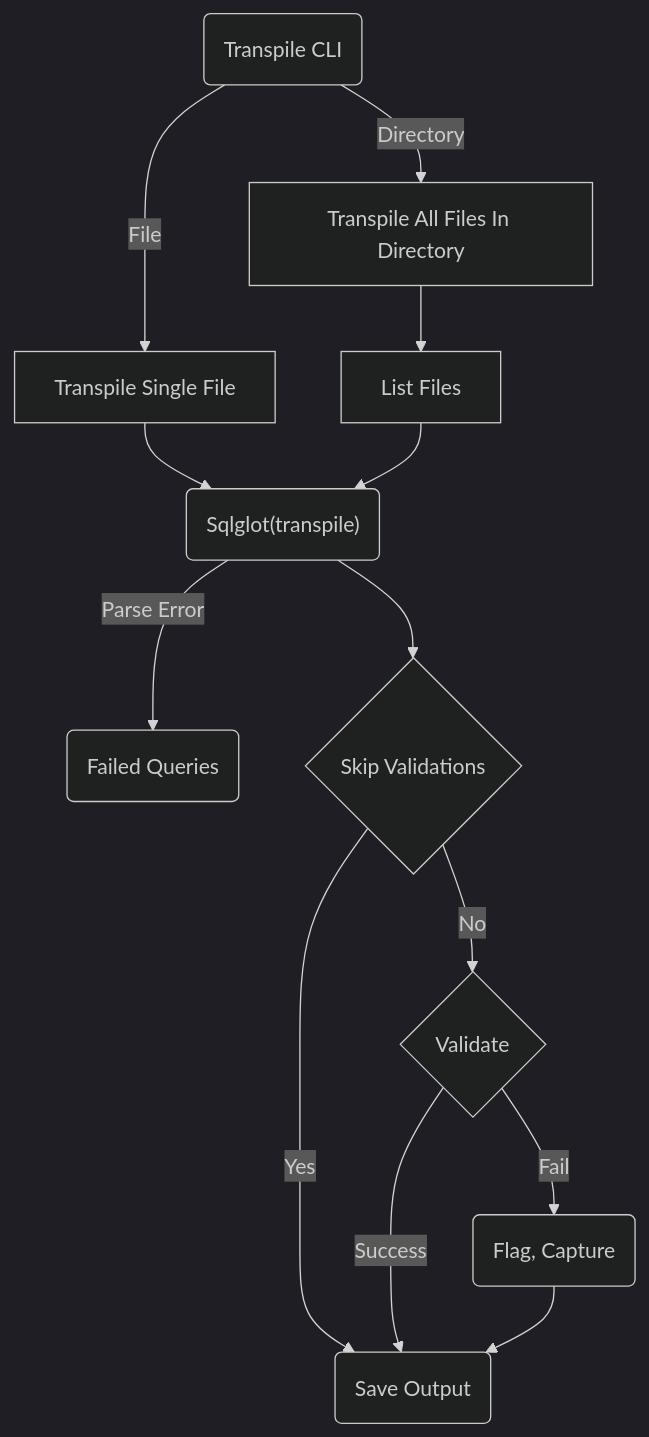
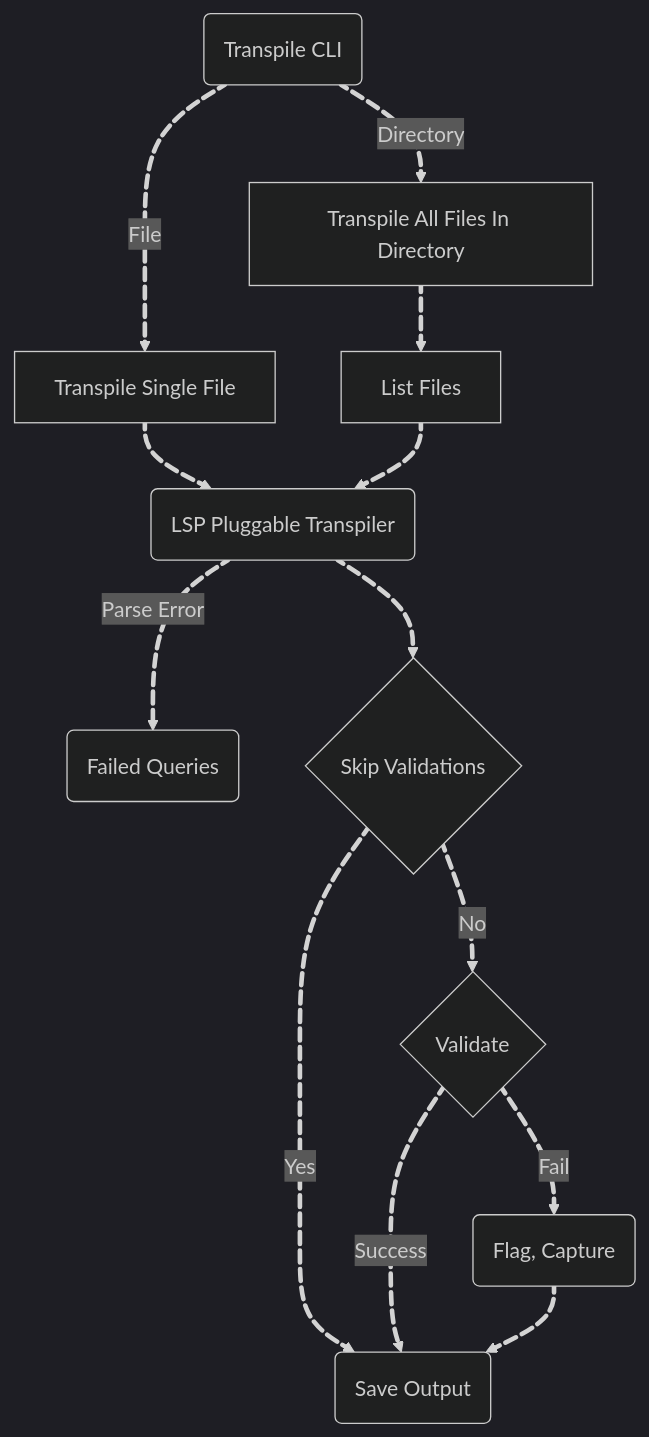
The diagram in docs/lakebridge/docs/installation.mdx (databrickslabs/remorph), drawn with Mermaid (dark theme) before and after one commit. The commit also changed other lines of this file and 2 other files, not shown here.

Commit message:
initial docs update

````diff
--- a/docs/lakebridge/docs/installation.mdx
+++ b/docs/lakebridge/docs/installation.mdx
@@ -41,15 +40,27 @@
 ```mermaid
 flowchart TD
-    A(Transpile CLI) --> |Directory| B[Transpile All Files In Directory];
-    A --> |File| C[Transpile Single File] ;
-    B --> D[List Files];
-    C --> E("Sqlglot(transpile)");
-    D --> E
-    E --> |Parse Error| F(Failed Queries)
-    E --> G{Skip Validations}
-    G --> |Yes| H(Save Output)
-    G --> |No| I{Validate}
-    I --> |Success| H
-    I --> |Fail| J(Flag, Capture)
-    J --> H
+    A(Transpile CLI) e1@==> |Directory| B[Transpile All Files In Directory];
+    A e2@==> |File| C[Transpile Single File] ;
+    B e3@==> D[List Files];
+    C e4@==> E("LSP Pluggable Transpiler");
+    D e5@==> E
+    E e6@==> |Parse Error| F(Failed Queries)
+    E e7@==> G{Skip Validations}
+    G e8@==> |Yes| H(Save Output)
+    G e9@==> |No| I{Validate}
+    I e10@==> |Success| H
+    I e11@==> |Fail| J(Flag, Capture)
+    J e12@==> H
+    e1@{ animate: true }
+    e2@{ animate: true }
+    e3@{ animate: true }
+    e4@{ animate: true }
+    e5@{ animate: true }
+    e6@{ animate: true }
+    e7@{ animate: true }
+    e8@{ animate: true }
+    e9@{ animate: true }
+    e10@{ animate: true }
+    e11@{ animate: true }
+    e12@{ animate: true }
 ```
````
